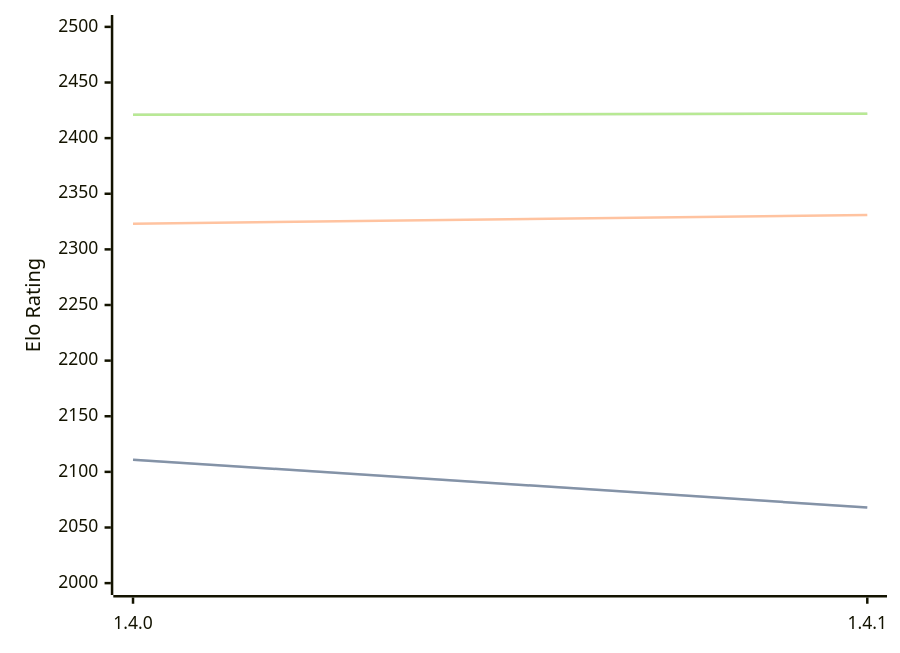
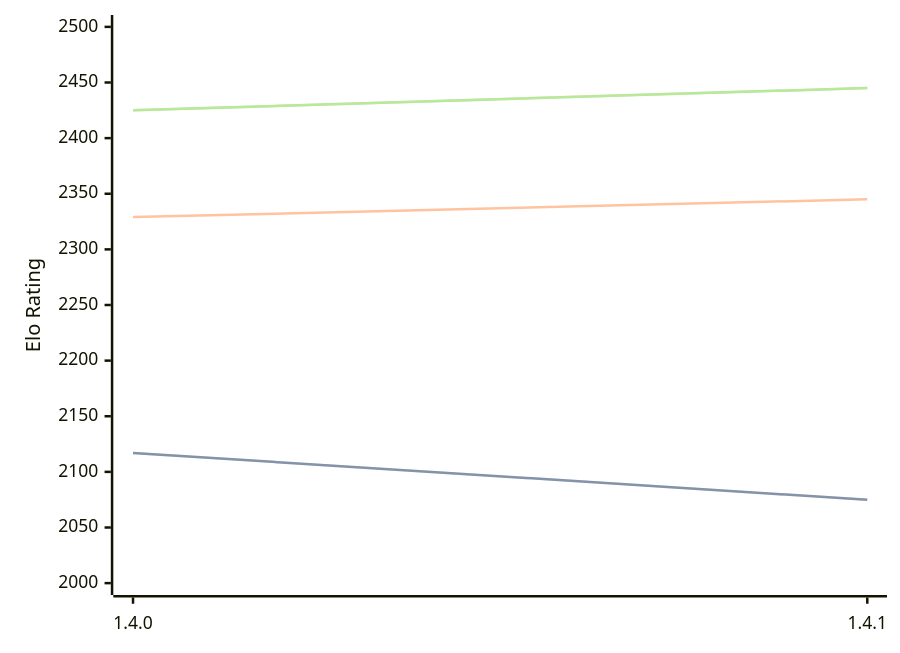
One commit to computer-chess-index/cci changed the diagram in engines/Tofiks.md. Above: the diagram before and after it, drawn with Mermaid. The commit also changed other lines of this file, not shown here.

Commit message:
Update CCI Ratings (ELO VLTC) - 2026-04-14

````diff
--- a/engines/Tofiks.md
+++ b/engines/Tofiks.md
@@ -36,11 +36,11 @@
 ```mermaid
 %%{init: {"theme":"base","themeVariables":{"seriesColors:['#a3a3a3','#222221','#faa371']}}}%%
 xychart-beta
   x-axis ["1.4.0", "1.4.1"]
   y-axis "Elo Rating" 2000 --> 2500
-  line "STC (8.0+0.08s)" [2111, 2068]
-  line "STC (8.0+0.08s)" [2111, 2068]
-  line "LTC (60.0+0.60s)" [2323, 2331]
-  line "VLTC (2m24s+1.12s)" [2421, 2422]
-  line "VLTC (2m24s+1.12s)" [2421, 2422]
+  line "STC (8.0+0.08s)" [2117, 2075]
+  line "STC (8.0+0.08s)" [2117, 2075]
+  line "LTC (60.0+0.60s)" [2329, 2345]
+  line "VLTC (2m24s+1.12s)" [2425, 2445]
+  line "VLTC (2m24s+1.12s)" [2425, 2445]
 ```
````
